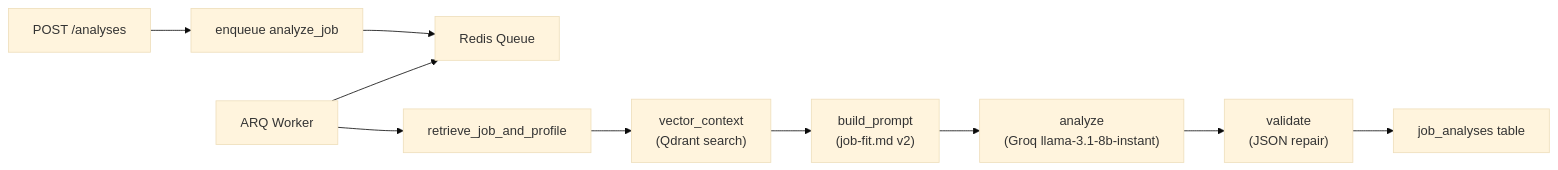
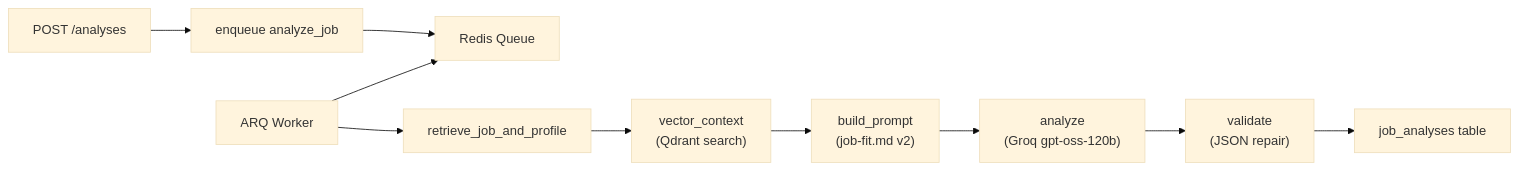
Before and after one commit to Mueem-Nahid/personal-ai-platform: the third of 5 diagrams in docs/architecture/system-design.md, drawn with Mermaid (base theme). The commit also changed other lines of this file and 11 other files, not shown here.

Commit message:
feat: migrate LLM model from llama-3.1-8b-instant to openai/gpt-oss-120b and update related configurations

````diff
--- a/docs/architecture/system-design.md
+++ b/docs/architecture/system-design.md
@@ -135,12 +135,12 @@
 ```mermaid
 flowchart LR
     API["POST /analyses"] --> ARQ["enqueue analyze_job"]
     ARQ --> Redis["Redis Queue"]
     Worker["ARQ Worker"] --> Redis
     Worker --> retrieve["retrieve_job_and_profile"]
     retrieve --> vector["vector_context\n(Qdrant search)"]
     vector --> prompt["build_prompt\n(job-fit.md v2)"]
-    prompt --> llm["analyze\n(Groq llama-3.1-8b-instant)"]
+    prompt --> llm["analyze\n(Groq gpt-oss-120b)"]
     llm --> validate["validate\n(JSON repair)"]
     validate --> DB["job_analyses table"]
 ```
````
